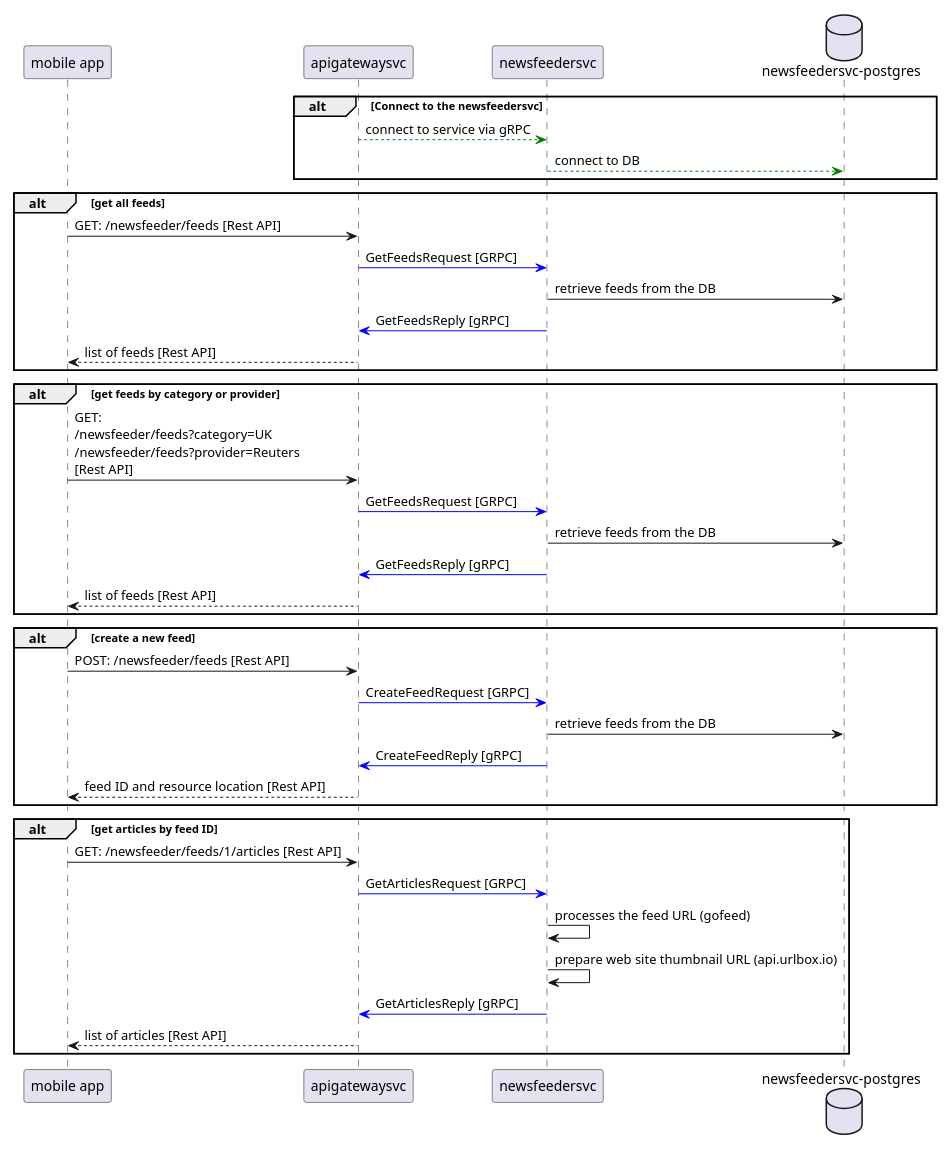
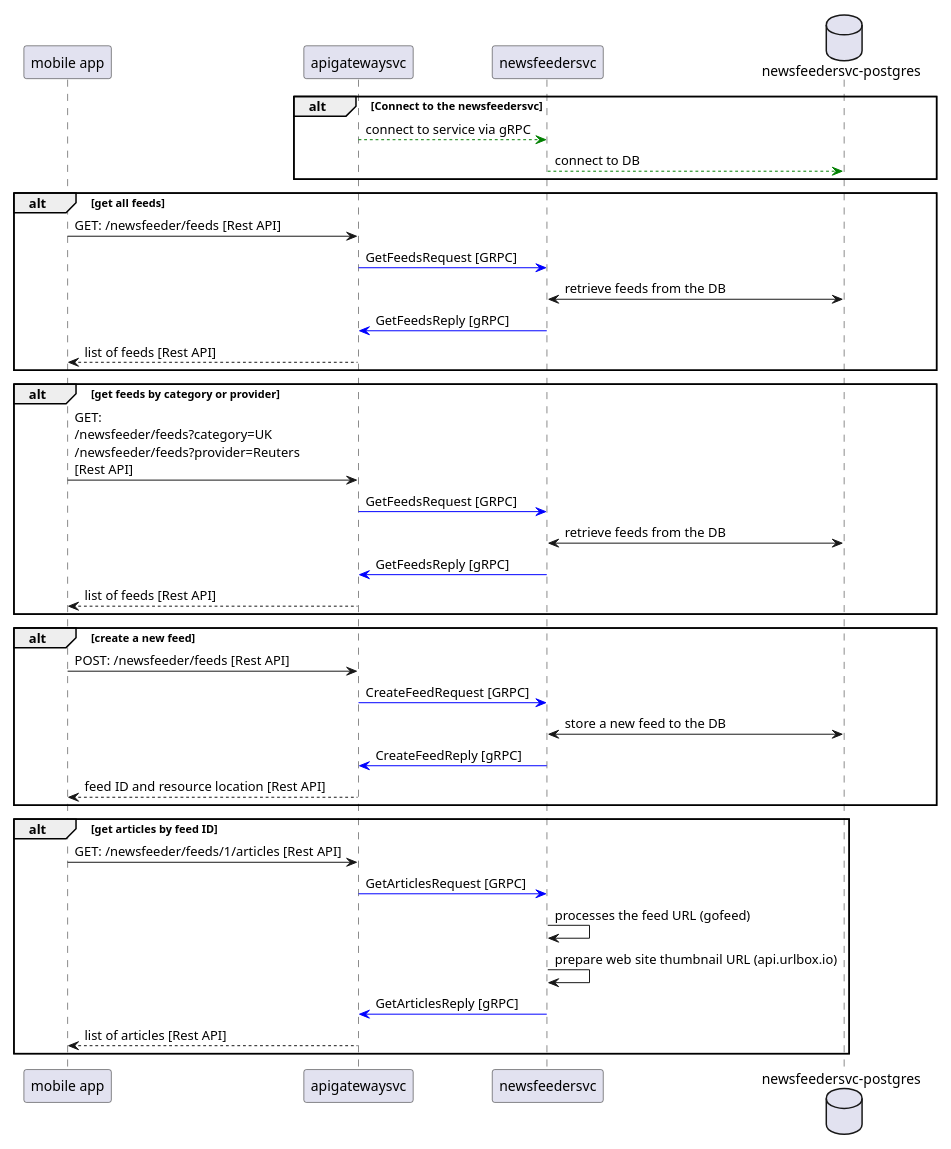
Before and after one commit to michaljirman/newsapp: the diagram in apigateway-service/docs/design.puml, drawn with PlantUML. The commit also changed 1 other file, not shown here.

Commit message:
correct mistakes in design diagram

```diff
--- a/apigateway-service/docs/design.puml
+++ b/apigateway-service/docs/design.puml
@@ -1,46 +1,46 @@
 @startuml
 scale 0.7
 participant "mobile app" as mobileapp
 participant "apigatewaysvc" as apigatewaysvc
 participant "newsfeedersvc" as newsfeedersvc
 database "newsfeedersvc-postgres" as db
 
 alt Connect to the newsfeedersvc
 apigatewaysvc--[#green]>newsfeedersvc: connect to service via gRPC
 newsfeedersvc--[#green]>db: connect to DB
 end
 
 alt get all feeds
 mobileapp->apigatewaysvc: GET: /newsfeeder/feeds [Rest API]
 apigatewaysvc-[#0000FF]>newsfeedersvc: GetFeedsRequest [GRPC]
-newsfeedersvc->db: retrieve feeds from the DB
+newsfeedersvc<->db: retrieve feeds from the DB
 newsfeedersvc-[#0000FF]>apigatewaysvc: GetFeedsReply [gRPC]
 apigatewaysvc-->mobileapp: list of feeds [Rest API]
 end
 
 alt get feeds by category or provider
 mobileapp->apigatewaysvc: GET: \n/newsfeeder/feeds?category=UK \n/newsfeeder/feeds?provider=Reuters \n[Rest API]
 apigatewaysvc-[#0000FF]>newsfeedersvc: GetFeedsRequest [GRPC]
-newsfeedersvc->db: retrieve feeds from the DB
+newsfeedersvc<->db: retrieve feeds from the DB
 newsfeedersvc-[#0000FF]>apigatewaysvc: GetFeedsReply [gRPC]
 apigatewaysvc-->mobileapp: list of feeds [Rest API]
 end
 
 alt create a new feed
 mobileapp->apigatewaysvc: POST: /newsfeeder/feeds [Rest API]
 apigatewaysvc-[#0000FF]>newsfeedersvc: CreateFeedRequest [GRPC]
-newsfeedersvc->db: retrieve feeds from the DB
+newsfeedersvc<->db: store a new feed to the DB
 newsfeedersvc-[#0000FF]>apigatewaysvc: CreateFeedReply [gRPC]
 apigatewaysvc-->mobileapp: feed ID and resource location [Rest API]
 end
 
 alt get articles by feed ID
 mobileapp->apigatewaysvc: GET: /newsfeeder/feeds/1/articles [Rest API]
 apigatewaysvc-[#0000FF]>newsfeedersvc: GetArticlesRequest [GRPC]
 newsfeedersvc->newsfeedersvc: processes the feed URL (gofeed)
 newsfeedersvc->newsfeedersvc: prepare web site thumbnail URL (api.urlbox.io)
 newsfeedersvc-[#0000FF]>apigatewaysvc: GetArticlesReply [gRPC]
 apigatewaysvc-->mobileapp: list of articles [Rest API]
 end
 
 @enduml
```
